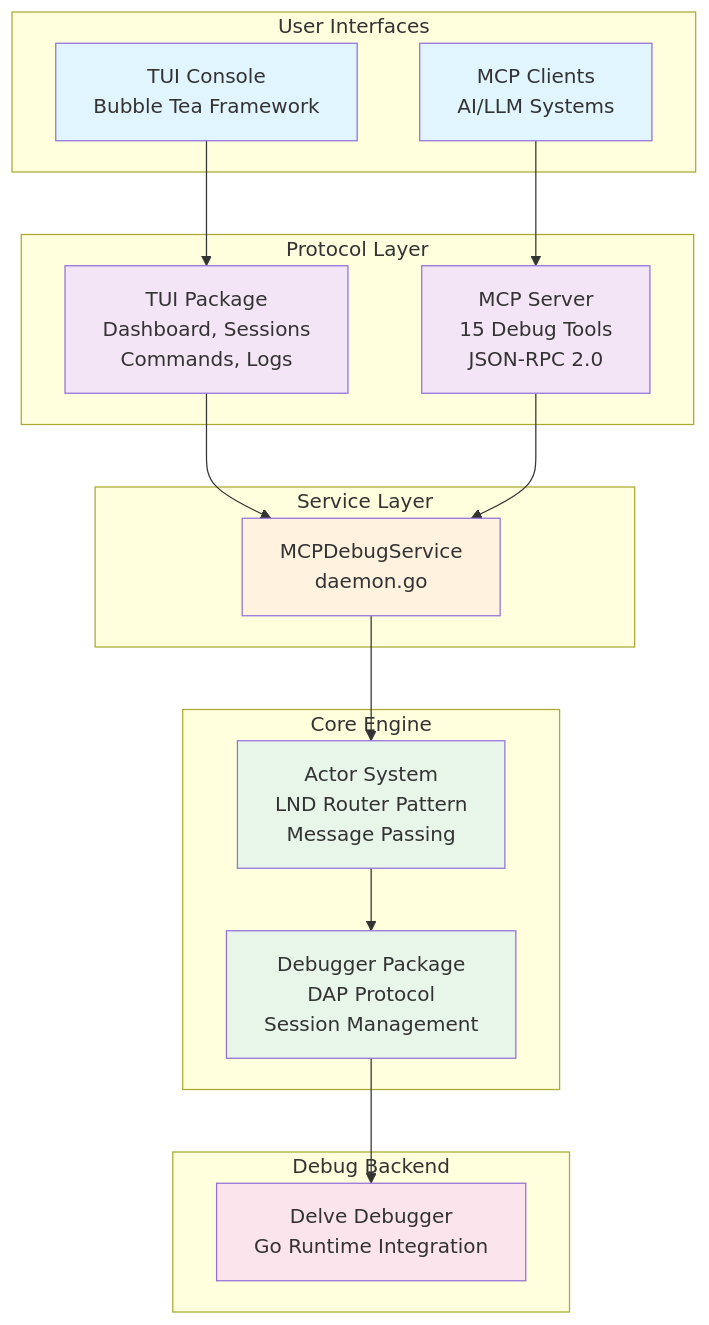
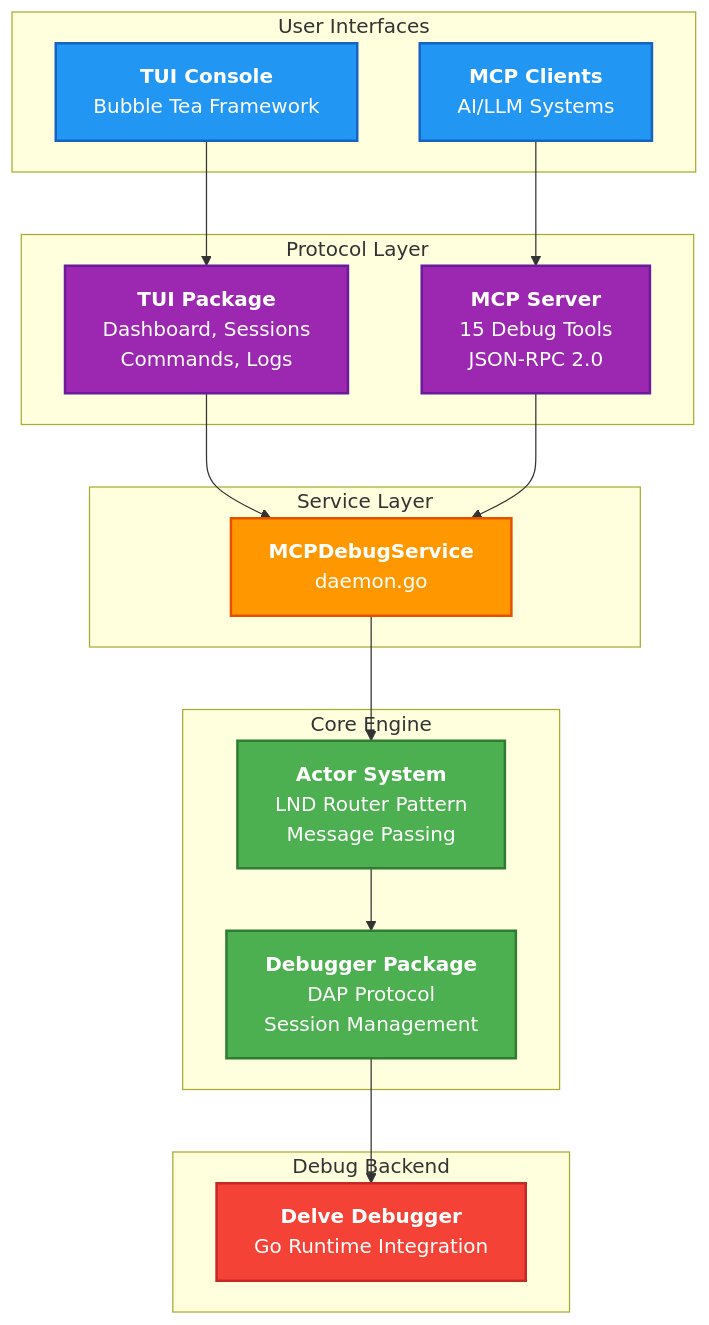
One commit to Roasbeef/mcp-debug changed the diagram in README.md. Above: the diagram before and after it, drawn with Mermaid.

Commit message:
README: make text more readable

````diff
--- a/README.md
+++ b/README.md
@@ -27,42 +27,42 @@
 ```mermaid
 graph TB
     subgraph "User Interfaces"
-        TUI[TUI Console<br/>Bubble Tea Framework]
-        MCP_CLIENT[MCP Clients<br/>AI/LLM Systems]
+        TUI["<b>TUI Console</b><br/>Bubble Tea Framework"]
+        MCP_CLIENT["<b>MCP Clients</b><br/>AI/LLM Systems"]
     end
     
     subgraph "Service Layer"
-        DAEMON[MCPDebugService<br/>daemon.go]
+        DAEMON["<b>MCPDebugService</b><br/>daemon.go"]
     end
     
     subgraph "Protocol Layer"
-        MCP_SERVER[MCP Server<br/>15 Debug Tools<br/>JSON-RPC 2.0]
-        TUI_PKG[TUI Package<br/>Dashboard, Sessions<br/>Commands, Logs]
+        MCP_SERVER["<b>MCP Server</b><br/>15 Debug Tools<br/>JSON-RPC 2.0"]
+        TUI_PKG["<b>TUI Package</b><br/>Dashboard, Sessions<br/>Commands, Logs"]
     end
     
     subgraph "Core Engine"
-        ACTOR[Actor System<br/>LND Router Pattern<br/>Message Passing]
-        DEBUGGER[Debugger Package<br/>DAP Protocol<br/>Session Management]
+        ACTOR["<b>Actor System</b><br/>LND Router Pattern<br/>Message Passing"]
+        DEBUGGER["<b>Debugger Package</b><br/>DAP Protocol<br/>Session Management"]
     end
     
     subgraph "Debug Backend"
-        DELVE[Delve Debugger<br/>Go Runtime Integration]
+        DELVE["<b>Delve Debugger</b><br/>Go Runtime Integration"]
     end
     
     TUI --> TUI_PKG
     MCP_CLIENT --> MCP_SERVER
     TUI_PKG --> DAEMON
     MCP_SERVER --> DAEMON
     DAEMON --> ACTOR
     ACTOR --> DEBUGGER
     DEBUGGER --> DELVE
     
-    style TUI fill:#e1f5fe
-    style MCP_CLIENT fill:#e1f5fe
-    style DAEMON fill:#fff3e0
-    style MCP_SERVER fill:#f3e5f5
-    style TUI_PKG fill:#f3e5f5
-    style ACTOR fill:#e8f5e9
-    style DEBUGGER fill:#e8f5e9
-    style DELVE fill:#fce4ec
+    style TUI fill:#2196F3,stroke:#1565C0,stroke-width:2px,color:#fff
+    style MCP_CLIENT fill:#2196F3,stroke:#1565C0,stroke-width:2px,color:#fff
+    style DAEMON fill:#FF9800,stroke:#E65100,stroke-width:2px,color:#fff
+    style MCP_SERVER fill:#9C27B0,stroke:#6A1B9A,stroke-width:2px,color:#fff
+    style TUI_PKG fill:#9C27B0,stroke:#6A1B9A,stroke-width:2px,color:#fff
+    style ACTOR fill:#4CAF50,stroke:#2E7D32,stroke-width:2px,color:#fff
+    style DEBUGGER fill:#4CAF50,stroke:#2E7D32,stroke-width:2px,color:#fff
+    style DELVE fill:#F44336,stroke:#C62828,stroke-width:2px,color:#fff
 ```
````
